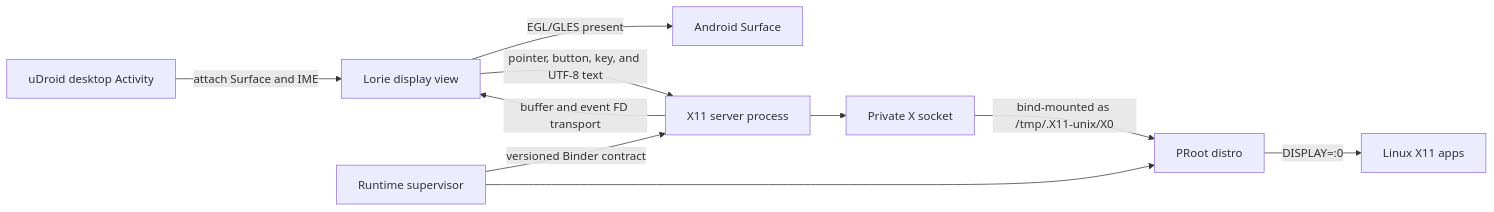
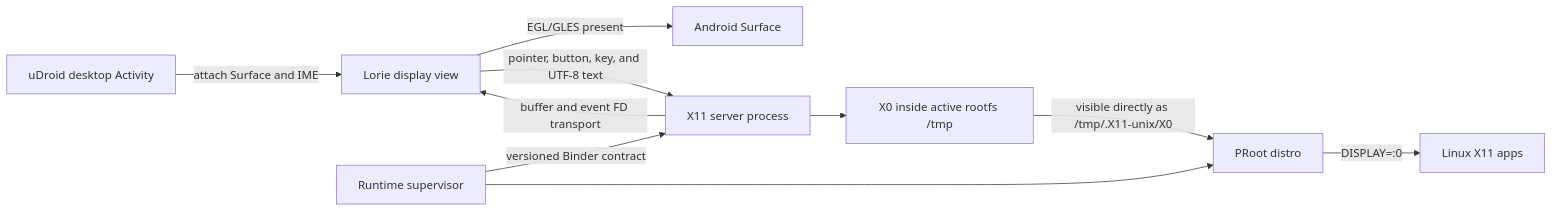
Before and after one commit to RandomCoderOrg/udroid-app: the first of 2 diagrams in docs/X11_RUNTIME_ARCHITECTURE.md, drawn with Mermaid. The commit also changed other lines of this file and 13 other files, not shown here.

Commit message:
fix(x11): place display socket inside active rootfs

````diff
--- a/docs/X11_RUNTIME_ARCHITECTURE.md
+++ b/docs/X11_RUNTIME_ARCHITECTURE.md
@@ -46,12 +46,12 @@
 ```mermaid
 flowchart LR
     UI["uDroid desktop Activity"] -->|"attach Surface and IME"| View["Lorie display view"]
     Supervisor["Runtime supervisor"] -->|"versioned Binder contract"| Server["X11 server process"]
-    Server --> Socket["Private X socket"]
+    Server --> Socket["X0 inside active rootfs /tmp"]
     Supervisor --> PRoot["PRoot distro"]
-    Socket -->|"bind-mounted as /tmp/.X11-unix/X0"| PRoot
+    Socket -->|"visible directly as /tmp/.X11-unix/X0"| PRoot
     PRoot -->|"DISPLAY=:0"| Apps["Linux X11 apps"]
     Server -->|"buffer and event FD transport"| View
     View -->|"EGL/GLES present"| Surface["Android Surface"]
     View -->|"pointer, button, key, and UTF-8 text"| Server
 ```
````
